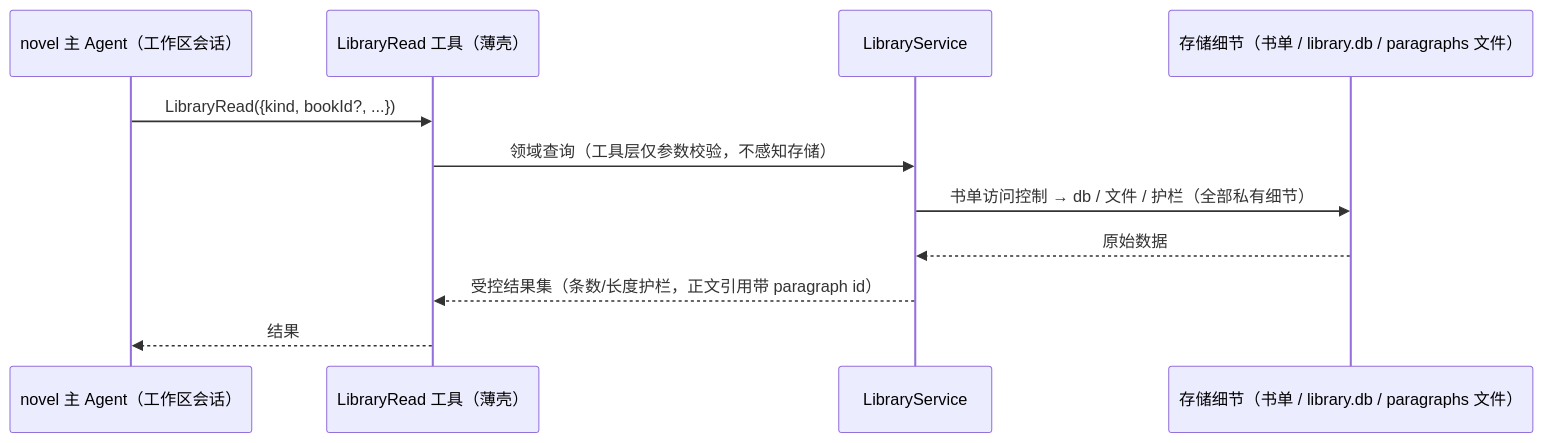
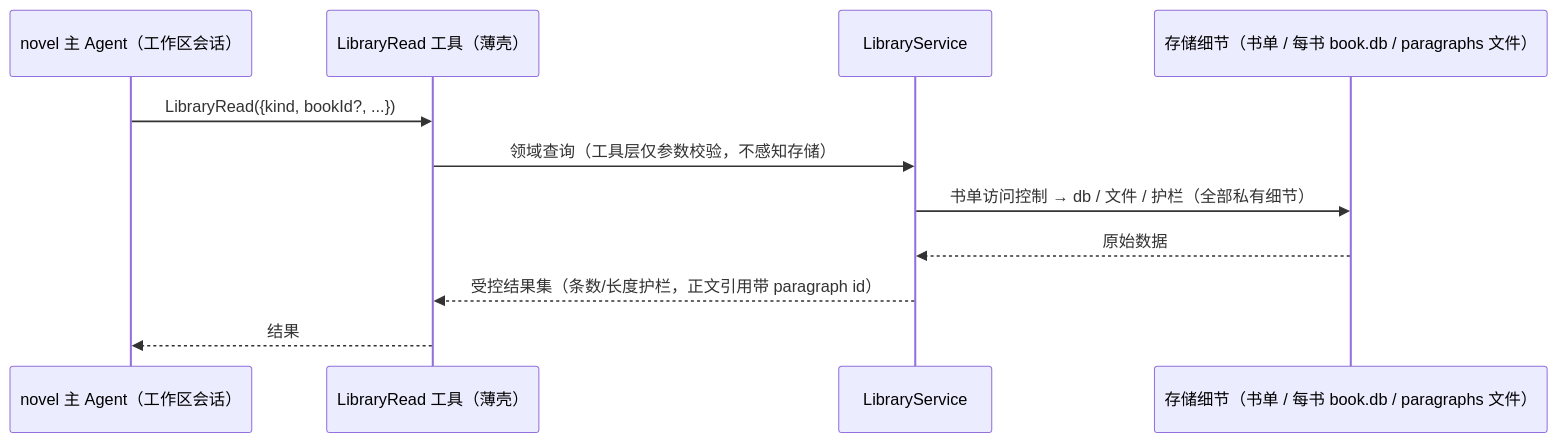
Before and after one commit to fanghuarunbalala/nova-writing: the third of 5 diagrams in docs/PRD/library-完本解构.md, drawn with Mermaid. The commit also changed other lines of this file and 27 other files, not shown here.

First line of the commit message:
feat(library): 完本解构管线落地——BookAnalyst 后台会话 + LibraryService 门面 + LibraryRead 接入

````diff
--- a/docs/PRD/library-完本解构.md
+++ b/docs/PRD/library-完本解构.md
@@ -85,14 +85,14 @@
 ```mermaid
 sequenceDiagram
     participant AG as novel 主 Agent（工作区会话）
     participant LR as LibraryRead 工具（薄壳）
     participant SVC as LibraryService
-    participant ST as 存储细节（书单 / library.db / paragraphs 文件）
+    participant ST as 存储细节（书单 / 每书 book.db / paragraphs 文件）
 
     AG->>LR: LibraryRead({kind, bookId?, ...})
     LR->>SVC: 领域查询（工具层仅参数校验，不感知存储）
     SVC->>ST: 书单访问控制 → db / 文件 / 护栏（全部私有细节）
     ST-->>SVC: 原始数据
     SVC-->>LR: 受控结果集（条数/长度护栏，正文引用带 paragraph id）
     LR-->>AG: 结果
 ```
````
